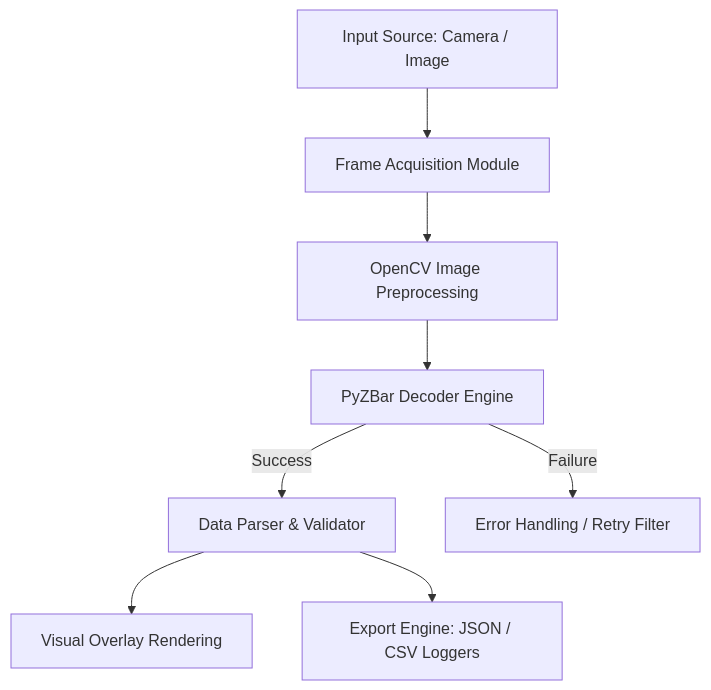
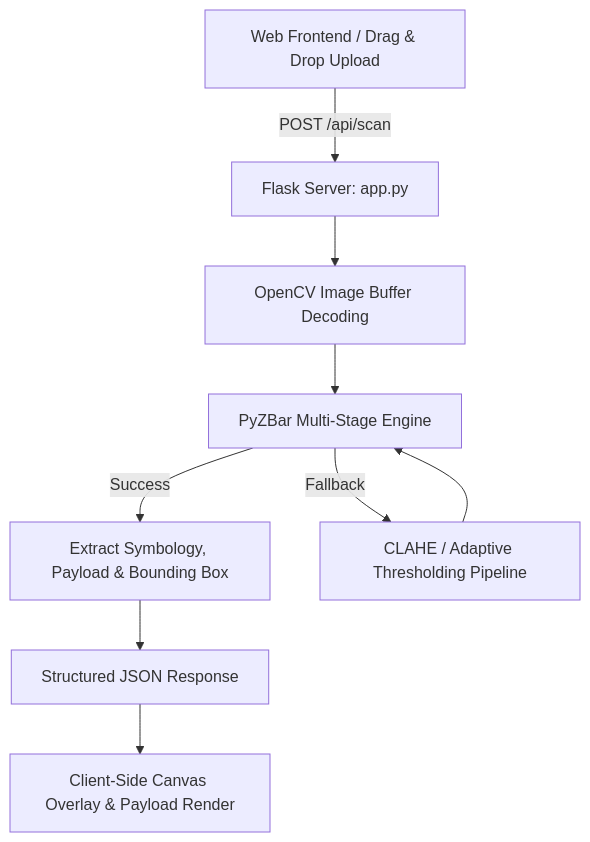
Before and after one commit to Bavya-M/barcode-qr-intelligence-suite: the diagram in README.md, drawn with Mermaid. The commit also changed other lines of this file and 4 other files, not shown here.

Commit message:
Refactor desktop app to web-ready Flask application deployable on Vercel

````diff
--- a/README.md
+++ b/README.md
@@ -29,10 +20,11 @@
 ```mermaid
 graph TD
-    A[Input Source: Camera / Image] --> B[Frame Acquisition Module]
-    B --> C[OpenCV Image Preprocessing]
-    C --> D[PyZBar Decoder Engine]
-    D -->|Success| E[Data Parser & Validator]
-    D -->|Failure| F[Error Handling / Retry Filter]
-    E --> G[Visual Overlay Rendering]
-    E --> H[Export Engine: JSON / CSV Loggers]
+    A[Web Frontend / Drag & Drop Upload] -->|POST /api/scan| B[Flask Server: app.py]
+    B --> C[OpenCV Image Buffer Decoding]
+    C --> D[PyZBar Multi-Stage Engine]
+    D -->|Success| E[Extract Symbology, Payload & Bounding Box]
+    D -->|Fallback| F[CLAHE / Adaptive Thresholding Pipeline]
+    F --> D
+    E --> G[Structured JSON Response]
+    G --> H[Client-Side Canvas Overlay & Payload Render]
 ```
````
